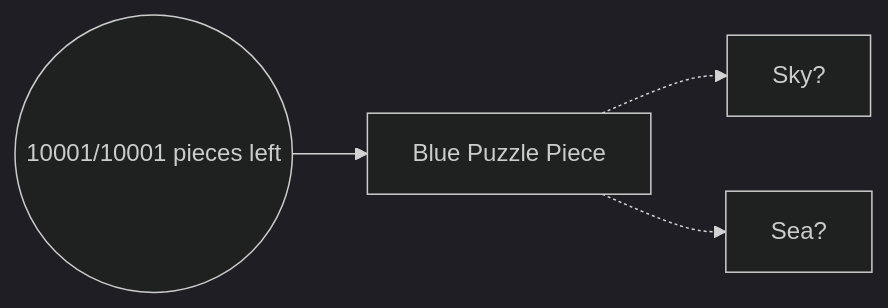
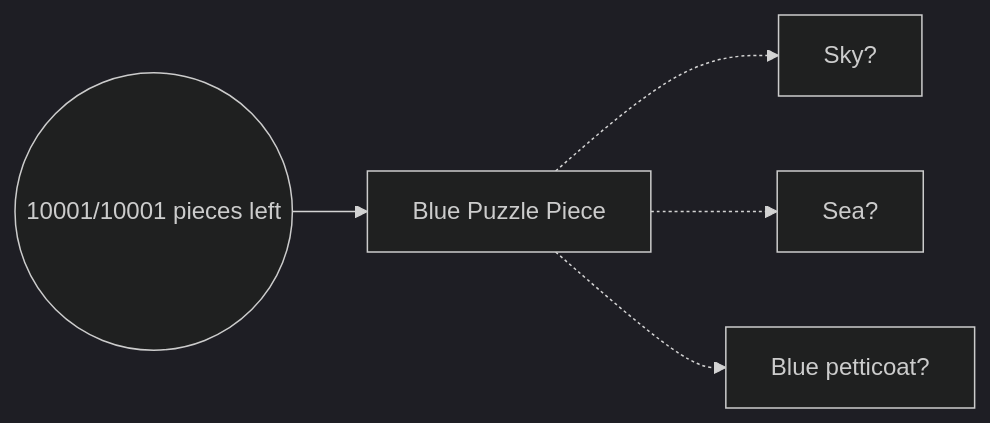
Before and after one commit to 198thread/lineup: the first of 3 diagrams in README.md, drawn with Mermaid (dark theme).

Commit message:
Update README.md
added more examples to first puzzle example in mermaid

````diff
--- a/README.md
+++ b/README.md
@@ -7,6 +7,7 @@
 ```mermaid
 graph LR;
     A((   10001/10001 pieces left   )) --> B[Blue Puzzle Piece]
     B -.-> C[Sky?]
     B -.-> D[Sea?]
+    B -.-> E[Blue petticoat?]
 ```
````
